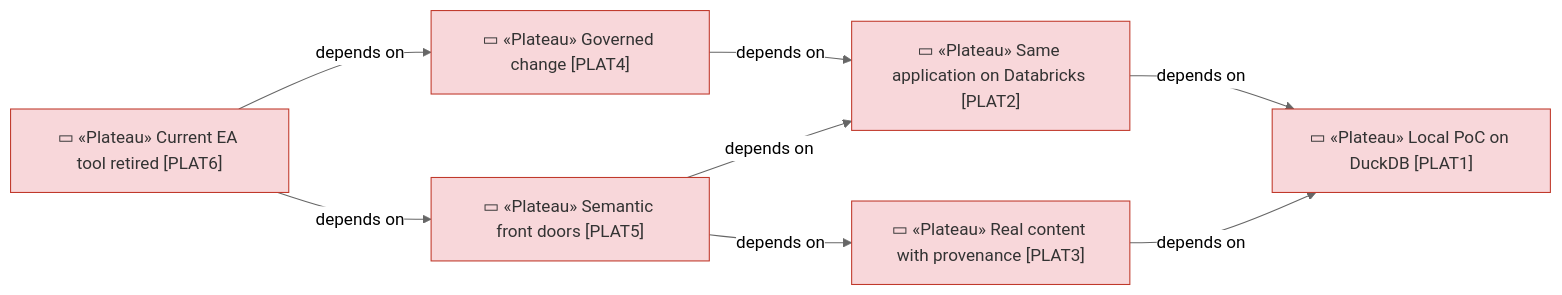
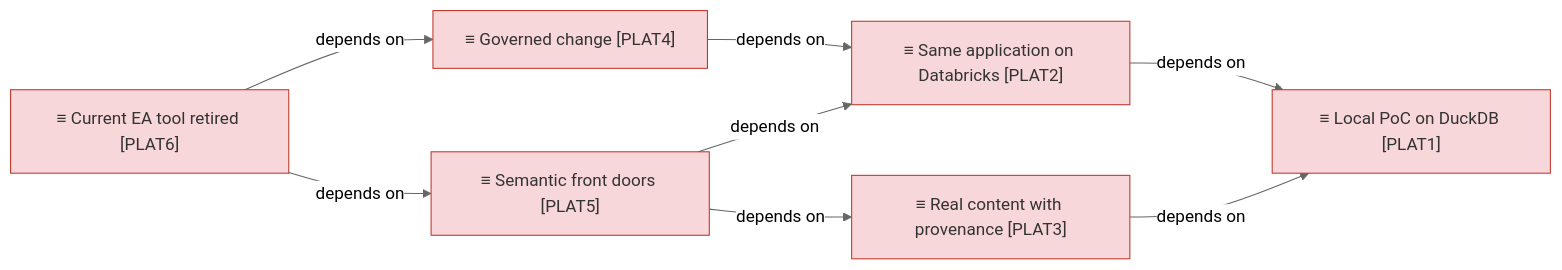
Before and after one commit to bocanegratqut/dbx-enterprise-architecture: the second of 4 diagrams in architecture/6_transition/1_target-state.md, drawn with Mermaid (neutral theme). The commit also changed other lines of this file and 25 other files, not shown here.

````diff
--- a/architecture/6_transition/1_target-state.md
+++ b/architecture/6_transition/1_target-state.md
@@ -12,18 +23,18 @@
 ```mermaid
 flowchart LR
-  p1["▭ «Plateau» Local PoC on DuckDB [PLAT1]"]:::implementation
-  p2["▭ «Plateau» Same application on Databricks [PLAT2]"]:::implementation
-  p3["▭ «Plateau» Real content with provenance [PLAT3]"]:::implementation
-  p4["▭ «Plateau» Governed change [PLAT4]"]:::implementation
-  p5["▭ «Plateau» Semantic front doors [PLAT5]"]:::implementation
-  p6["▭ «Plateau» Current EA tool retired [PLAT6]"]:::implementation
+  p1["≡ Local PoC on DuckDB [PLAT1]"]:::implementation
+  p2["≡ Same application on Databricks [PLAT2]"]:::implementation
+  p3["≡ Real content with provenance [PLAT3]"]:::implementation
+  p4["≡ Governed change [PLAT4]"]:::implementation
+  p5["≡ Semantic front doors [PLAT5]"]:::implementation
+  p6["≡ Current EA tool retired [PLAT6]"]:::implementation
   p2 -->|depends on| p1
   p3 -->|depends on| p1
   p4 -->|depends on| p2
   p5 -->|depends on| p2
   p5 -->|depends on| p3
   p6 -->|depends on| p4
   p6 -->|depends on| p5
 
   classDef implementation fill:#f8d7da,stroke:#c0392b,color:#333
 ```
````
